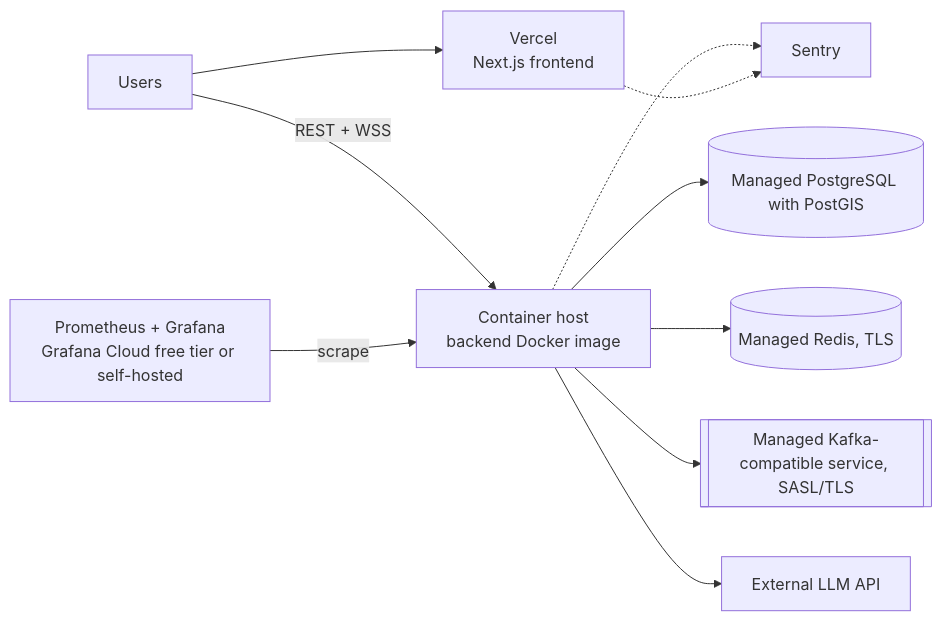
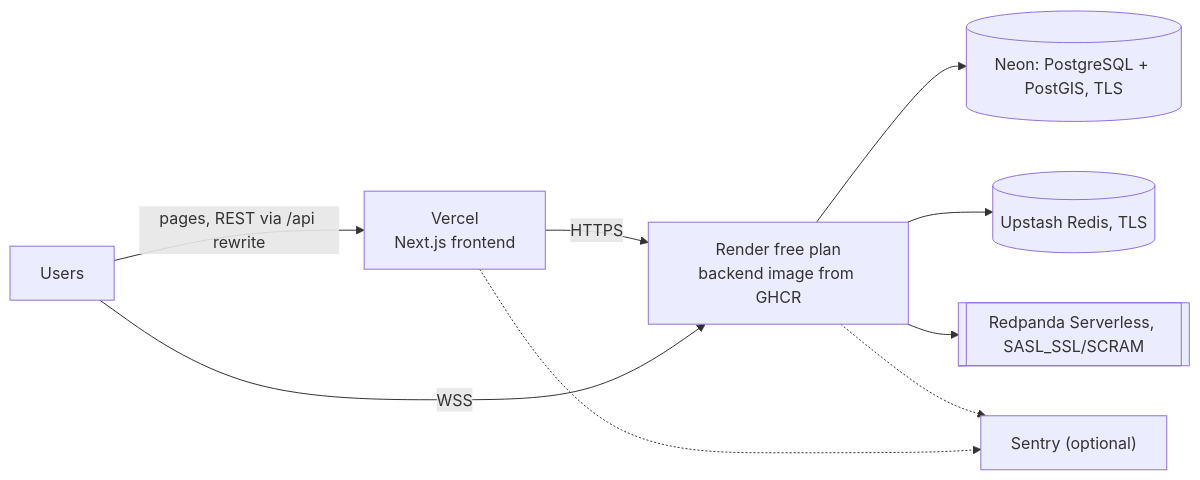
The ninth of 10 diagrams in docs/architecture.md (saitharun1903/Rapo), drawn with Mermaid before and after one commit. The commit also changed other lines of this file and 2 other files, not shown here.

Commit message:
Document the free-tier deployment: setup, limits as checked, trade-offs
docs/deployment.md covers the topology (Vercel, Render, Neon, Upstash, Redpanda Serverless, all in
Singapore), each free tier's limits with its source and the date checked, why Kafka is a 30-day
Redpanda trial (no permanent free tier fits 32 topics), the effects of a sleeping backend, step-by-step
setup with every credential entered only in the provider dashboards, updates and rollback by commit
tag, the simulator against the deployment, and the open forwarded-address issue. Measurements are
added from real runs only.

````diff
--- a/docs/architecture.md
+++ b/docs/architecture.md
@@ -791,12 +791,11 @@
 ```mermaid
 flowchart LR
-    U["Users"] --> V["Vercel<br/>Next.js frontend"]
-    U -->|REST + WSS| BE["Container host<br/>backend Docker image"]
-    BE --> MPG[("Managed PostgreSQL with PostGIS")]
-    BE --> MR[("Managed Redis, TLS")]
-    BE --> MK[["Managed Kafka-compatible service, SASL/TLS"]]
-    BE --> LLM["External LLM API"]
-    BE -.-> SEN["Sentry"]
+    U["Users"] -->|"pages, REST via /api rewrite"| V["Vercel<br/>Next.js frontend"]
+    V -->|HTTPS| BE["Render free plan<br/>backend image from GHCR"]
+    U -->|WSS| BE
+    BE --> MPG[("Neon: PostgreSQL + PostGIS, TLS")]
+    BE --> MR[("Upstash Redis, TLS")]
+    BE --> MK[["Redpanda Serverless, SASL_SSL/SCRAM"]]
+    BE -.-> SEN["Sentry (optional)"]
     V -.-> SEN
-    PR["Prometheus + Grafana<br/>Grafana Cloud free tier or self-hosted"] -->|scrape| BE
 ```
````
